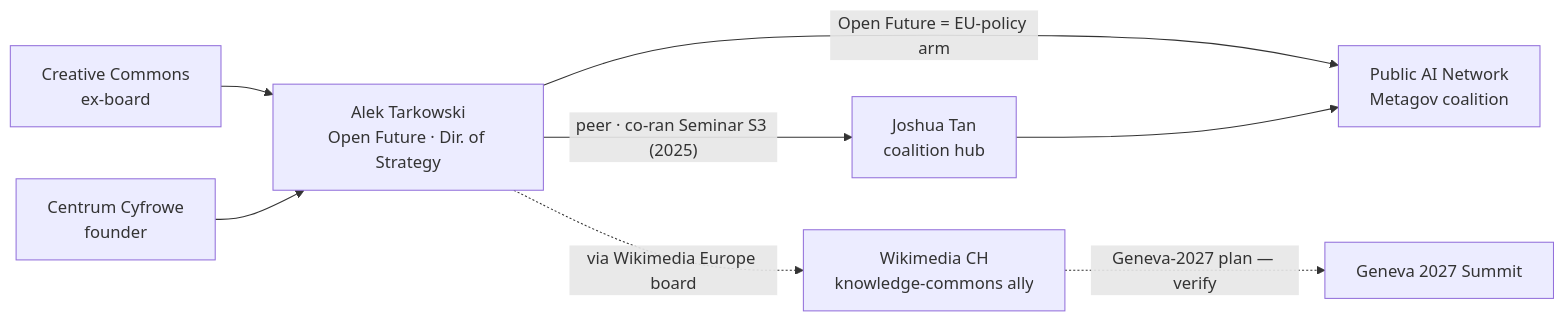
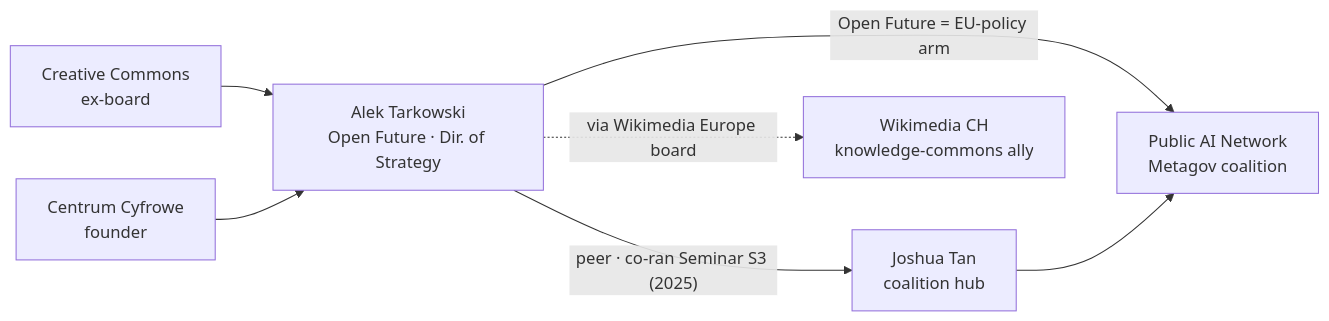
The fourth of 5 diagrams in docs/wip/public-ai-people-and-pathways.md (robertschaub/our-ai-charter), drawn with Mermaid before and after one commit. The commit also changed other lines of this file and 5 other files, not shown here.

First line of the commit message:
docs: add Geneva 2027 prep cluster + actors; confirm summit date; internalise privately-sourced Wikimedia link

````diff
--- a/docs/wip/public-ai-people-and-pathways.md
+++ b/docs/wip/public-ai-people-and-pathways.md
@@ -106,11 +107,10 @@
 ```mermaid
 flowchart LR
   CC["Creative Commons<br/>ex-board"] --> ALEK
   CYF["Centrum Cyfrowe<br/>founder"] --> ALEK
   ALEK["Alek Tarkowski<br/>Open Future · Dir. of Strategy"]
   ALEK -->|"Open Future = EU-policy arm"| PAN["Public AI Network<br/>Metagov coalition"]
   ALEK -->|"peer · co-ran Seminar S3 (2025)"| TAN["Joshua Tan<br/>coalition hub"]
   TAN --> PAN
   ALEK -.->|"via Wikimedia Europe board"| WMCH["Wikimedia CH<br/>knowledge-commons ally"]
-  WMCH -.->|"Geneva-2027 plan — verify"| GEN["Geneva 2027 Summit"]
 ```
````
